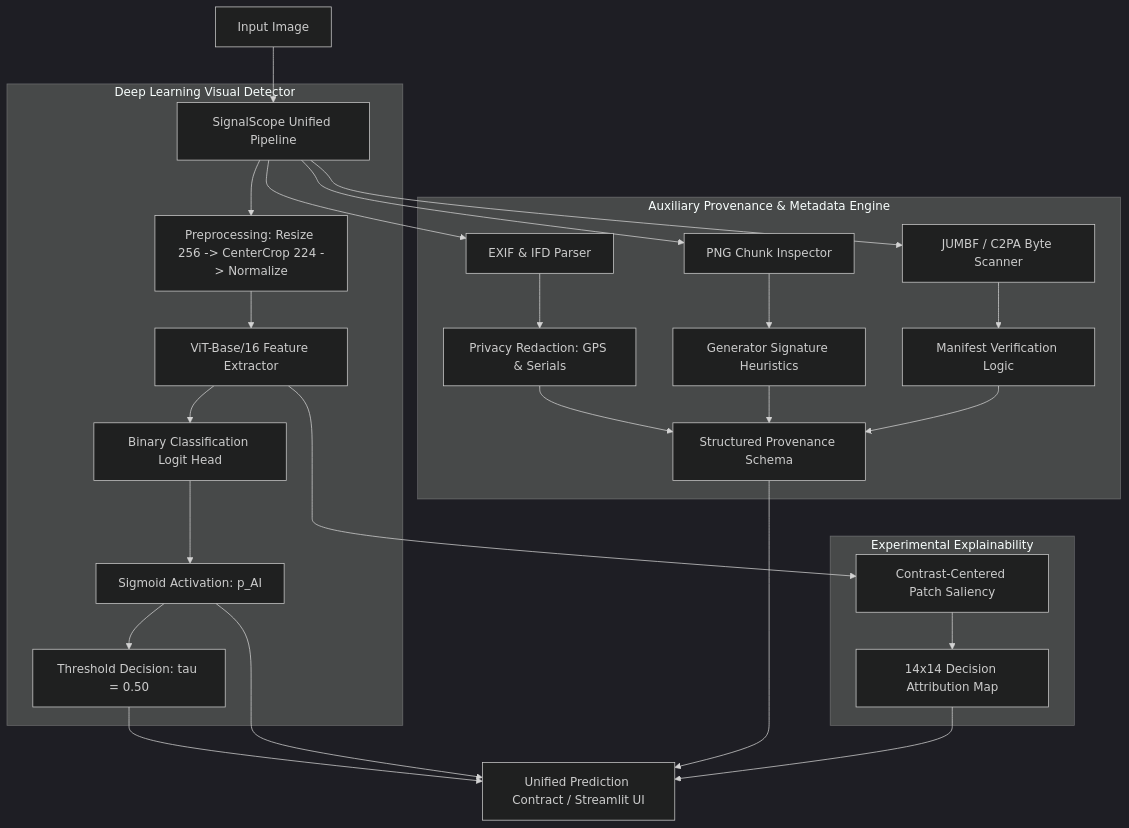
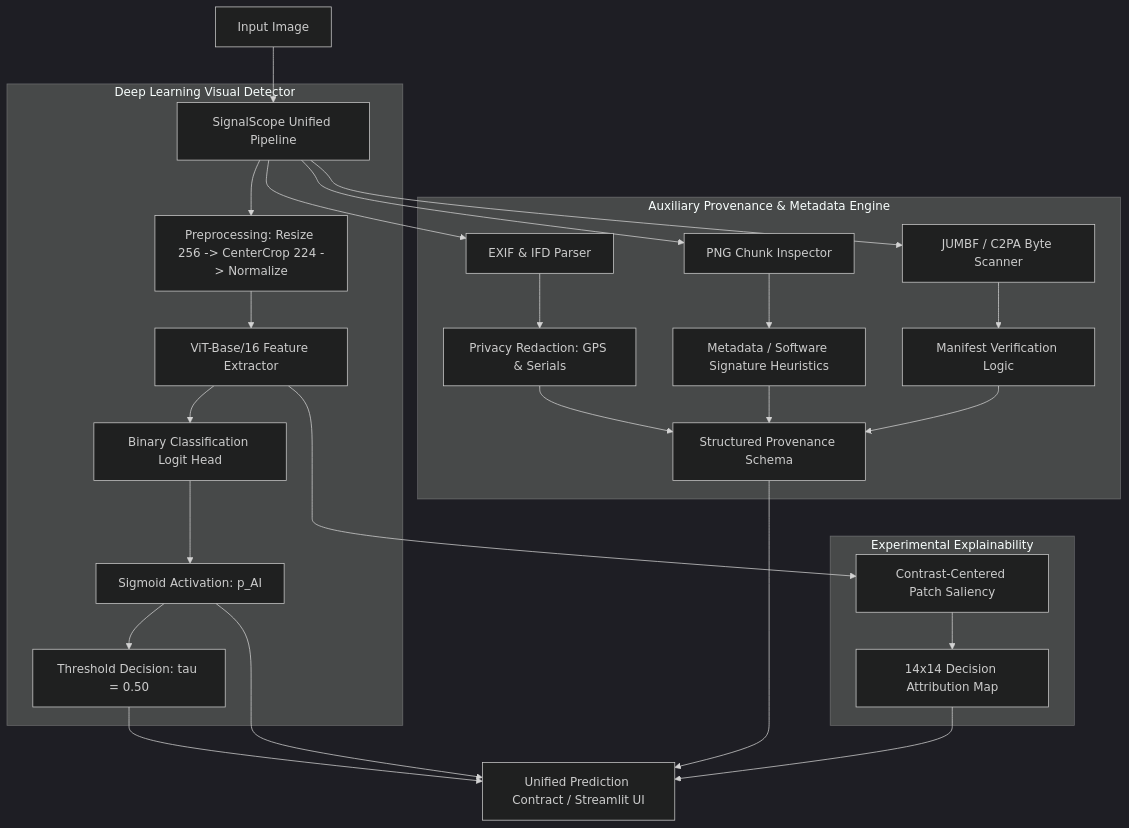
The diagram in README.md (Priyansh-Saxena-012/SignalScope-TechSetu), drawn with Mermaid (dark theme) before and after one commit. The commit also changed other lines of this file, not shown here.

````diff
--- a/README.md
+++ b/README.md
@@ -44,29 +44,29 @@
 ```mermaid
 flowchart TD
     A[Input Image] --> B[SignalScope Unified Pipeline]
     
     subgraph DL_Pipeline [Deep Learning Visual Detector]
         B --> C[Preprocessing: Resize 256 -> CenterCrop 224 -> Normalize]
         C --> D[ViT-Base/16 Feature Extractor]
         D --> E[Binary Classification Logit Head]
         E --> F[Sigmoid Activation: p_AI]
         F --> G[Threshold Decision: tau = 0.50]
     end
 
     subgraph Provenance_Engine [Auxiliary Provenance & Metadata Engine]
         B --> H[EXIF & IFD Parser]
         B --> I[PNG Chunk Inspector]
         B --> J[JUMBF / C2PA Byte Scanner]
         H --> K[Privacy Redaction: GPS & Serials]
-        I --> L[Generator Signature Heuristics]
+        I --> L[Metadata / Software Signature Heuristics]
         J --> M[Manifest Verification Logic]
         K & L & M --> N[Structured Provenance Schema]
     end
 
     subgraph Explain_Engine [Experimental Explainability]
         D --> O[Contrast-Centered Patch Saliency]
         O --> P[14x14 Decision Attribution Map]
     end
 
     G & F & N & P --> Q[Unified Prediction Contract / Streamlit UI]
 ```
````
